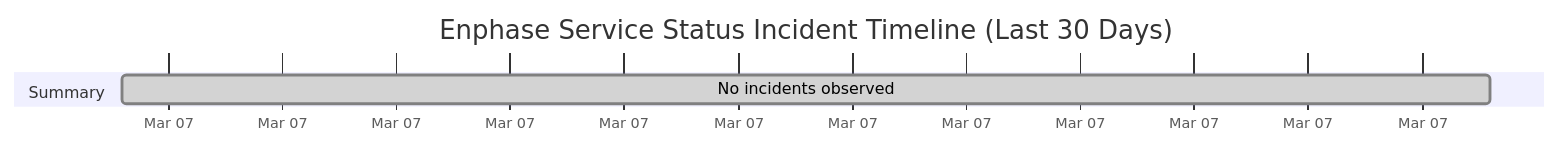
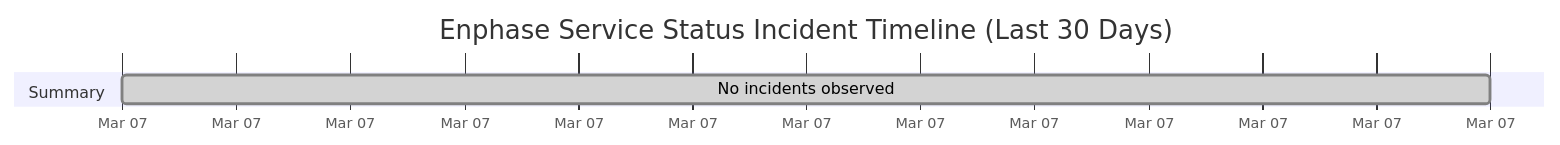
Before and after one commit to barneyonline/ha-enphase-ev-charger: the diagram in wiki/Service-Status-History.md, drawn with Mermaid. The commit also changed other lines of this file and 3 other files, not shown here.

````diff
--- a/wiki/Service-Status-History.md
+++ b/wiki/Service-Status-History.md
@@ -14,8 +14,8 @@
 ```mermaid
 gantt
     title Enphase Service Status Incident Timeline (Last 30 Days)
     dateFormat  YYYY-MM-DDTHH:mm:ss
     axisFormat  %b %d
     section Summary
-    No incidents observed :done, 2026-03-07T10:14:38, 1m
+    No incidents observed :done, 2026-03-07T11:12:35, 1m
 ```
````
